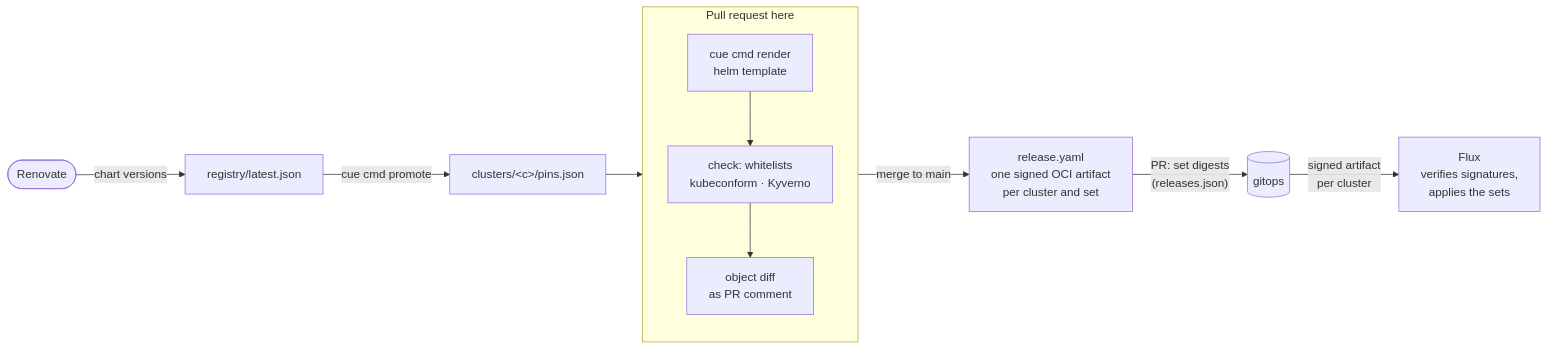
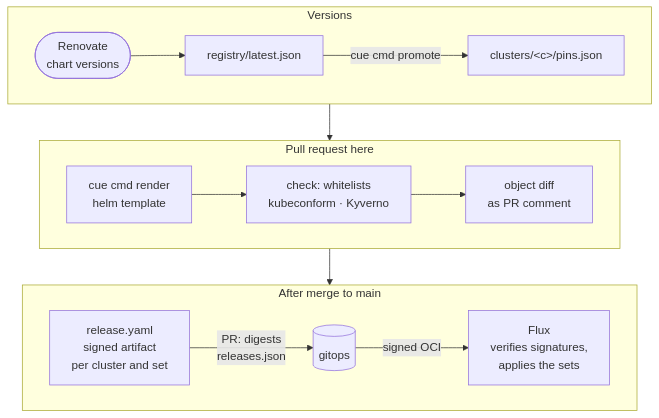
One commit to homelab-selfuryon/platform-components changed the diagram in README.md. Above: the diagram before and after it, drawn with Mermaid.

Commit message:
docs: diagrams as mermaid, narrow enough for the README width (#40)

````diff
--- a/README.md
+++ b/README.md
@@ -13,16 +13,27 @@
 ```mermaid
-flowchart LR
-    renovate([Renovate]) -->|chart versions| latest["registry/latest.json"]
-    latest -->|"cue cmd promote"| pins["clusters/&lt;c&gt;/pins.json"]
+---
+config:
+  flowchart:
+    wrappingWidth: 260
+---
+flowchart TB
+    subgraph inputs["Versions"]
+        direction LR
+        renovate(["Renovate<br/>chart versions"]) --> latest["registry/latest.json"]
+        latest -->|"cue cmd promote"| pins["clusters/&lt;c&gt;/pins.json"]
+    end
 
     subgraph pr["Pull request here"]
-        direction TB
+        direction LR
         render["cue cmd render<br/>helm template"] --> checks["check: whitelists<br/>kubeconform · Kyverno"]
         checks --> diff["object diff<br/>as PR comment"]
     end
 
-    pins --> pr
-    pr -->|merge to main| release["release.yaml<br/>one signed OCI artifact<br/>per cluster and set"]
-    release -->|"PR: set digests<br/>(releases.json)"| gitops[("gitops")]
-    gitops -->|"signed artifact<br/>per cluster"| flux["Flux<br/>verifies signatures,<br/>applies the sets"]
+    subgraph delivery["After merge to main"]
+        direction LR
+        release["release.yaml<br/>signed artifact<br/>per cluster and set"] -->|"PR: digests<br/>releases.json"| gitops[("gitops")]
+        gitops -->|"signed OCI"| flux["Flux<br/>verifies signatures,<br/>applies the sets"]
+    end
+
+    inputs --> pr --> delivery
 ```
````
